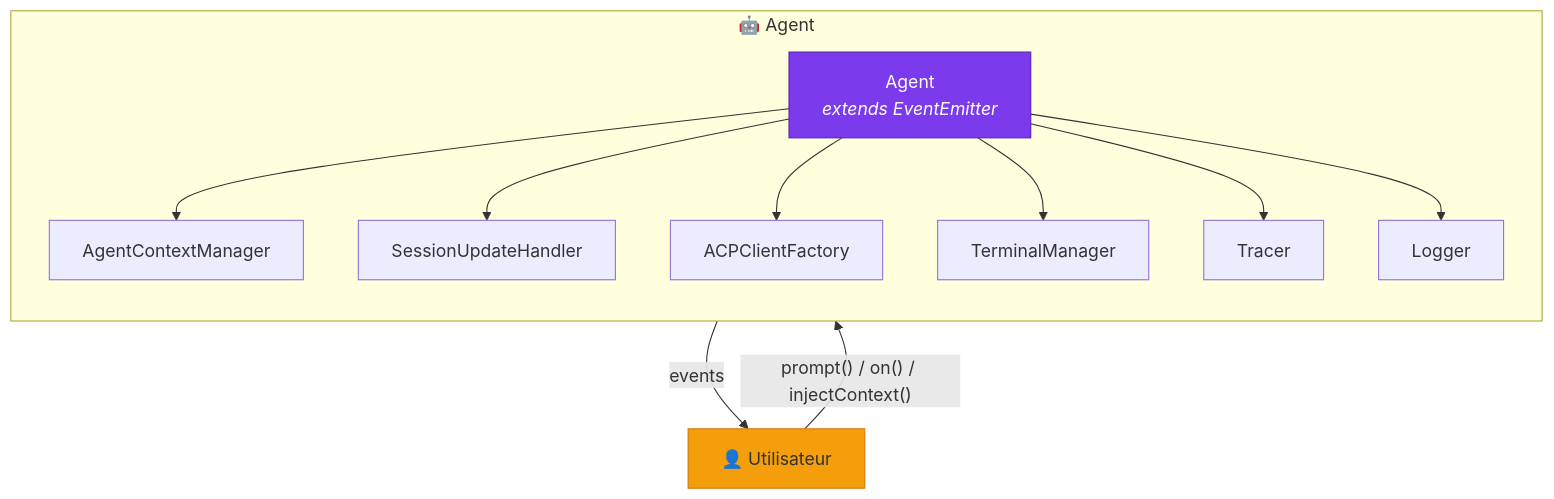
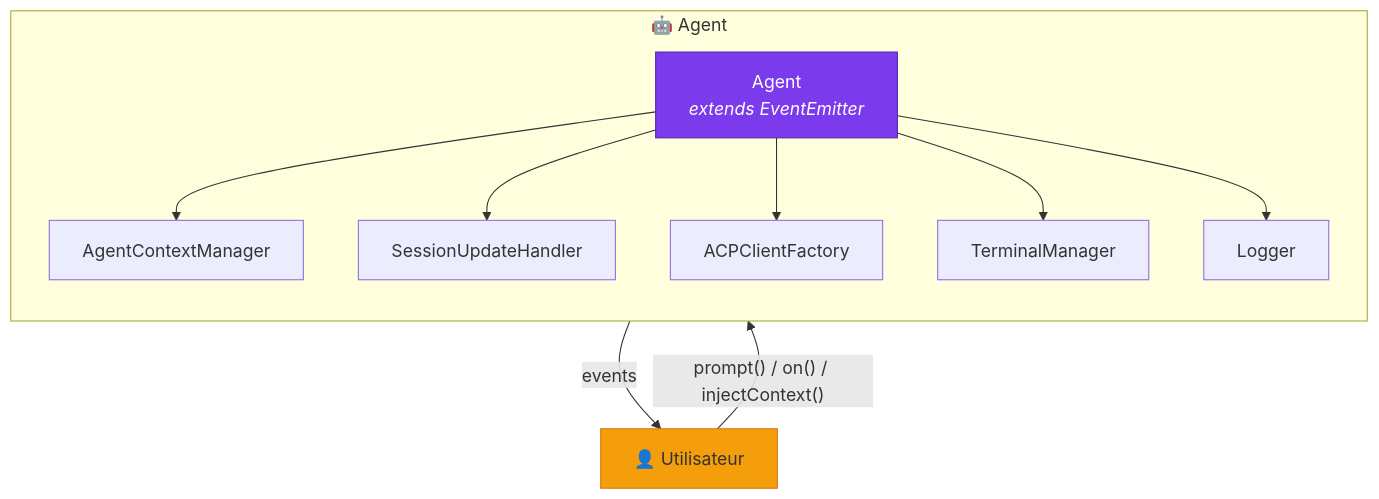
One commit to atinseau/stark changed the first of 5 diagrams in docs/components/agent.md. Above: the diagram before and after it, drawn with Mermaid. The commit also changed other lines of this file and 13 other files, not shown here.

````diff
--- a/docs/components/agent.md
+++ b/docs/components/agent.md
@@ -23,20 +23,19 @@
 ```mermaid
 graph TB
     subgraph "🤖 Agent"
         direction TB
         A[Agent<br/><em>extends EventEmitter</em>]
 
         A --> CTX[AgentContextManager]
         A --> SUH[SessionUpdateHandler]
         A --> ACF[ACPClientFactory]
         A --> TM[TerminalManager]
-        A --> T[Tracer]
         A --> L[Logger]
     end
 
     U[👤 Utilisateur] -->|"prompt() / on() / injectContext()"| A
     A -->|events| U
 
     style A fill:#7c3aed,stroke:#5b21b6,color:#fff
     style U fill:#f59e0b,stroke:#d97706
 ```
````
